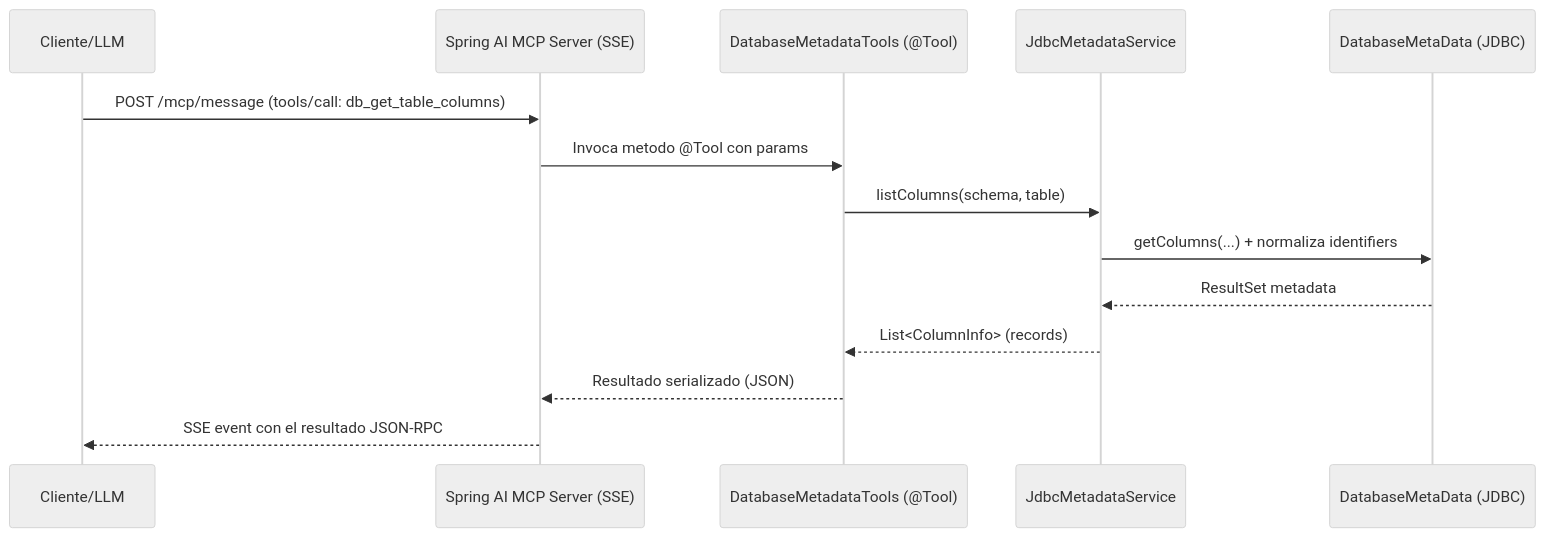
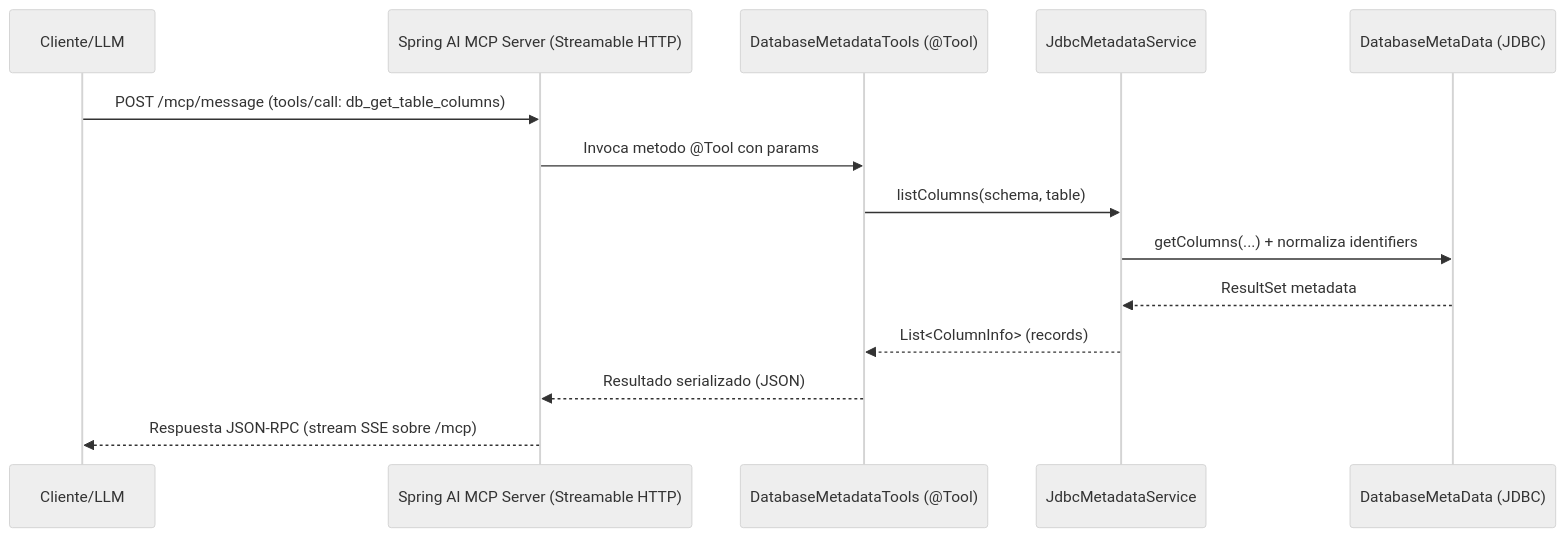
Before and after one commit to Gianni-Nicolas/MCP-capsule: the second of 2 diagrams in server/README.md, drawn with Mermaid (neutral theme). The commit also changed other lines of this file and 5 other files, not shown here.

Commit message:
refactor(mcp): migrate transport from HTTP+SSE to Streamable HTTP (Spring AI 2.0.1)

````diff
--- a/server/README.md
+++ b/server/README.md
@@ -91,17 +93,17 @@
 ```mermaid
 sequenceDiagram
     participant LLM as Cliente/LLM
-    participant MCP as Spring AI MCP Server (SSE)
+    participant MCP as Spring AI MCP Server (Streamable HTTP)
     participant Tools as DatabaseMetadataTools (@Tool)
     participant Svc as JdbcMetadataService
     participant DB as DatabaseMetaData (JDBC)
 
     LLM->>MCP: POST /mcp/message (tools/call: db_get_table_columns)
     MCP->>Tools: Invoca metodo @Tool con params
     Tools->>Svc: listColumns(schema, table)
     Svc->>DB: getColumns(...) + normaliza identifiers
     DB-->>Svc: ResultSet metadata
     Svc-->>Tools: List<ColumnInfo> (records)
     Tools-->>MCP: Resultado serializado (JSON)
-    MCP-->>LLM: SSE event con el resultado JSON-RPC
+    MCP-->>LLM: Respuesta JSON-RPC (stream SSE sobre /mcp)
 ```
````
